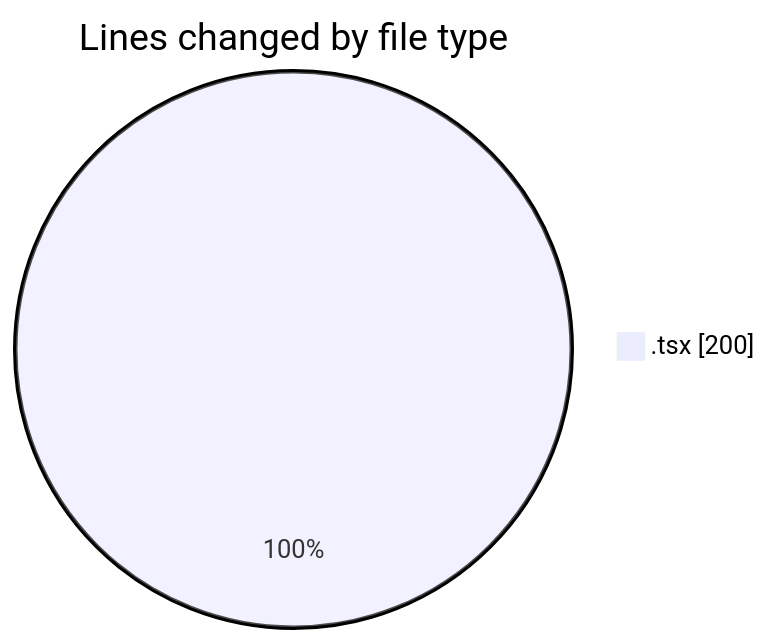
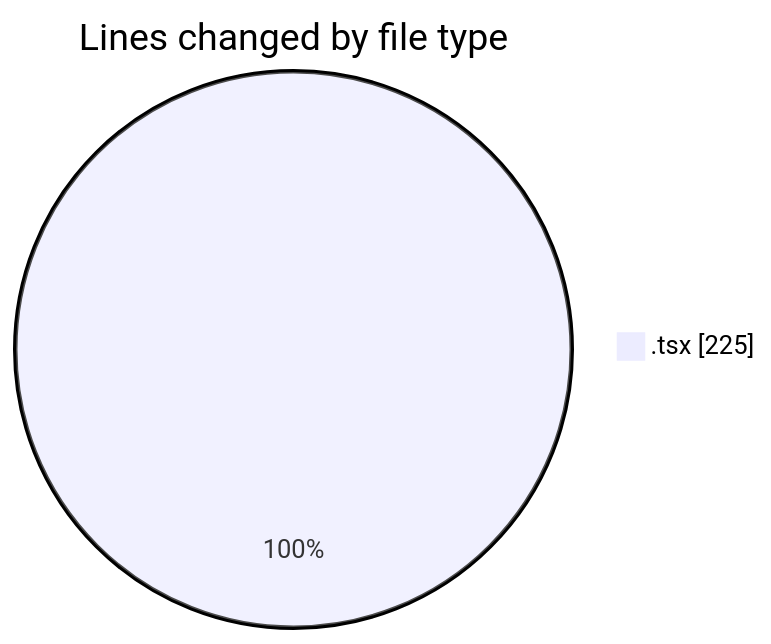
Before and after one commit to nxtqubesakshisongat/code-tracking: the first of 2 diagrams in 2026-06-30/nxtqube_webapp/README.md, drawn with Mermaid. The commit also changed other lines of this file and 1 other file, not shown here.

````diff
--- a/2026-06-30/nxtqube_webapp/README.md
+++ b/2026-06-30/nxtqube_webapp/README.md
@@ -20,5 +20,5 @@
 ```mermaid
 pie showData
 title Lines changed by file type
-".tsx" : 200
+".tsx" : 225
 ```
````
